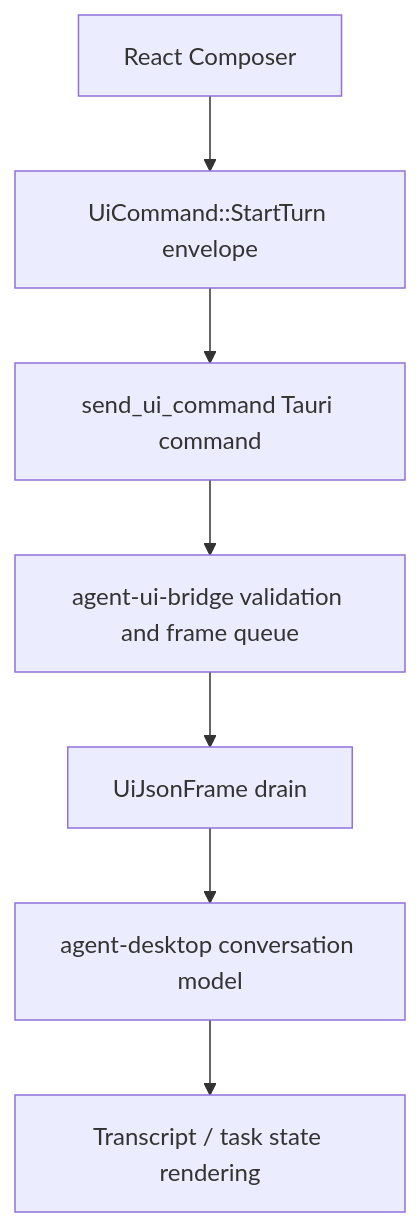
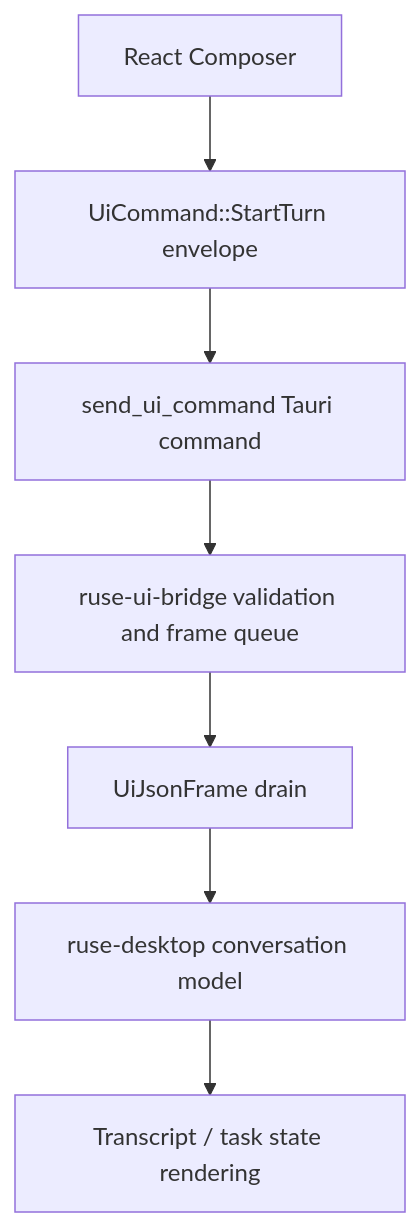
Before and after one commit to poneding/agent: the diagram in docs/specs/M60-02-conversation-composer-transcript.spec.md, drawn with Mermaid. The commit also changed other lines of this file and 2091 other files, not shown here.

First line of the commit message:
refactor: rename agent branding to ruse

````diff
--- a/docs/specs/M60-02-conversation-composer-transcript.spec.md
+++ b/docs/specs/M60-02-conversation-composer-transcript.spec.md
@@ -37,9 +37,9 @@
 ```mermaid
 flowchart TD
   Composer["React Composer"] --> Command["UiCommand::StartTurn envelope"]
   Command --> Tauri["send_ui_command Tauri command"]
-  Tauri --> Bridge["agent-ui-bridge validation and frame queue"]
+  Tauri --> Bridge["ruse-ui-bridge validation and frame queue"]
   Bridge --> Frames["UiJsonFrame drain"]
-  Frames --> DesktopModel["agent-desktop conversation model"]
+  Frames --> DesktopModel["ruse-desktop conversation model"]
   DesktopModel --> React["Transcript / task state rendering"]
 ```
````
